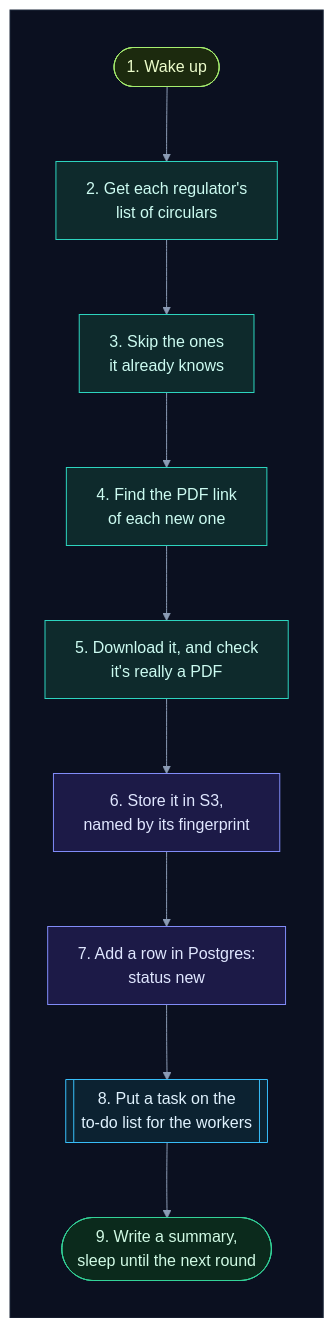
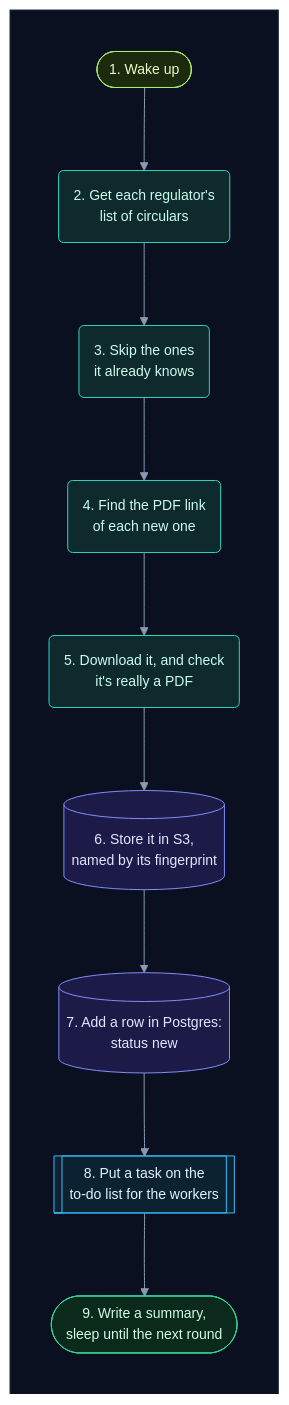
Before and after one commit to selvakumarperumal/Regulatory_Circular_Impact_Agent: the second of 18 diagrams in how_the_watcher_works.md, drawn with Mermaid. The commit also changed other lines of this file and 5 other files, not shown here.

Commit message:
Give the docs' flowcharts a shape per kind of part, more room and slightly smaller text

````diff
--- a/how_the_watcher_works.md
+++ b/how_the_watcher_works.md
@@ -109,31 +109,31 @@
 ```mermaid
-%%{init: {"theme": "base", "flowchart": {"diagramPadding": 0}, "themeVariables": {"darkMode": true, "primaryColor": "#16213a", "primaryTextColor": "#e6edf7", "primaryBorderColor": "#475a7a", "lineColor": "#8b9bb4", "secondaryColor": "#1b2436", "tertiaryColor": "#101a2e", "edgeLabelBackground": "#0f172a", "textColor": "#e2e8f0", "clusterBkg": "#0f1728", "clusterBorder": "#2b3a55", "titleColor": "#c4b5fd", "nodeTextColor": "#e6edf7"}}}%%
+%%{init: {"theme": "base", "flowchart": {"diagramPadding": 0, "nodeSpacing": 58, "rankSpacing": 58, "curve": "basis"}, "themeVariables": {"fontSize": "14px", "darkMode": true, "primaryColor": "#16213a", "primaryTextColor": "#e6edf7", "primaryBorderColor": "#475a7a", "lineColor": "#8b9bb4", "secondaryColor": "#1b2436", "tertiaryColor": "#101a2e", "edgeLabelBackground": "#0f172a", "textColor": "#e2e8f0", "clusterBkg": "#0f1728", "clusterBorder": "#2b3a55", "titleColor": "#c4b5fd", "nodeTextColor": "#e6edf7"}}}%%
 flowchart TD
     subgraph canvas[" "]
         direction TB
-        s1(["1. Wake up"]) --> s2["2. Get each regulator's<br/>list of circulars"]
-        s2 --> s3["3. Skip the ones<br/>it already knows"]
-        s3 --> s4["4. Find the PDF link<br/>of each new one"]
-        s4 --> s5["5. Download it, and check<br/>it's really a PDF"]
-        s5 --> s6["6. Store it in S3,<br/>named by its fingerprint"]
-        s6 --> s7["7. Add a row in Postgres:<br/>status new"]
+        s1(["1. Wake up"]) --> s2("2. Get each regulator's<br/>list of circulars")
+        s2 --> s3("3. Skip the ones<br/>it already knows")
+        s3 --> s4("4. Find the PDF link<br/>of each new one")
+        s4 --> s5("5. Download it, and check<br/>it's really a PDF")
+        s5 --> s6[("6. Store it in S3,<br/>named by its fingerprint")]
+        s6 --> s7[("7. Add a row in Postgres:<br/>status new")]
         s7 --> s8[["8. Put a task on the<br/>to-do list for the workers"]]
         s8 --> s9(["9. Write a summary,<br/>sleep until the next round"])
     end
     classDef svc fill:#0e2a2c,stroke:#2dd4bf,color:#ccfbf1
     classDef data fill:#1c1a47,stroke:#818cf8,color:#e0e7ff
     classDef ext fill:#2a1640,stroke:#c084fc,color:#f3e8ff
     classDef gpu fill:#2d1b0c,stroke:#fb923c,color:#ffedd5
     classDef ask fill:#2a2410,stroke:#fbbf24,color:#fef3c7
     classDef ok fill:#0b2a1c,stroke:#34d399,color:#d1fae5
     classDef bad fill:#2e0f17,stroke:#fb7185,color:#ffe4e6
     classDef start fill:#1c2a0e,stroke:#a7ef6f,color:#ecfccb
     classDef muted fill:#1a2130,stroke:#64748b,color:#cbd5e1
     classDef queue fill:#0c2231,stroke:#38bdf8,color:#e0f2fe
     class s1 start
     class s2,s3,s4,s5 svc
     class s6,s7 data
     class s8 queue
     class s9 ok
     style canvas fill:#0b1020,stroke:#1e293b,color:#0b1020
 ```
````
